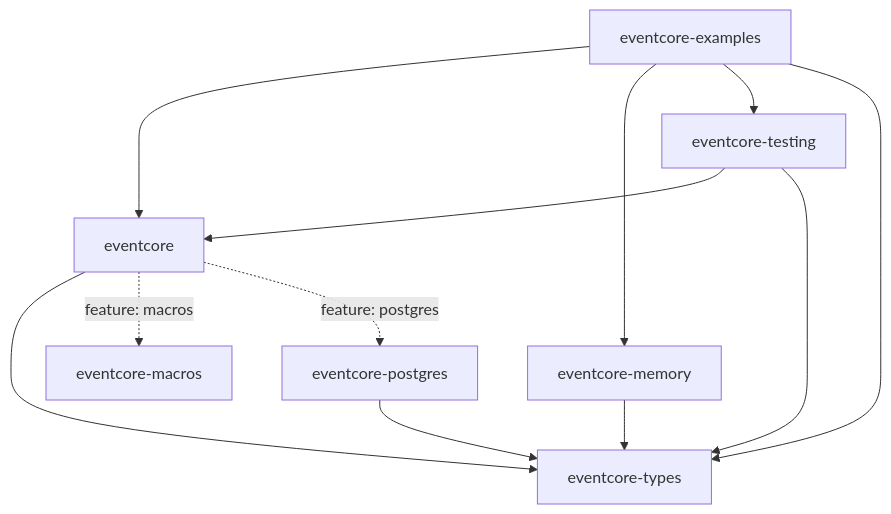
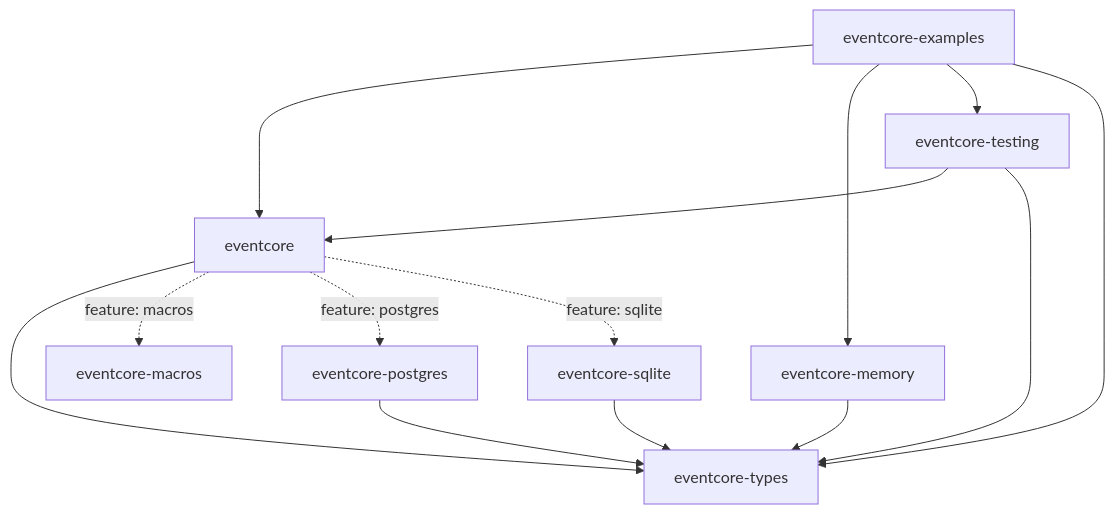
The second of 4 diagrams in docs/ARCHITECTURE.md (jwilger/eventcore), drawn with Mermaid before and after one commit. The commit also changed other lines of this file and 14 other files, not shown here.

First line of the commit message:
feat: add eventcore-sqlite crate with SQLCipher encryption support (#310)

````diff
--- a/docs/ARCHITECTURE.md
+++ b/docs/ARCHITECTURE.md
@@ -120,25 +120,28 @@
 ```mermaid
 graph TD
     examples[eventcore-examples]
     core[eventcore]
     memory[eventcore-memory]
     testing[eventcore-testing]
     postgres[eventcore-postgres]
+    sqlite[eventcore-sqlite]
     types[eventcore-types]
     macros[eventcore-macros]
 
     examples --> core
     examples --> memory
     examples --> testing
     examples --> types
 
     core --> types
     core -.->|feature: macros| macros
     core -.->|feature: postgres| postgres
+    core -.->|feature: sqlite| sqlite
 
     memory --> types
     testing --> core
     testing --> types
     postgres --> types
+    sqlite --> types
     macros
 ```
````
